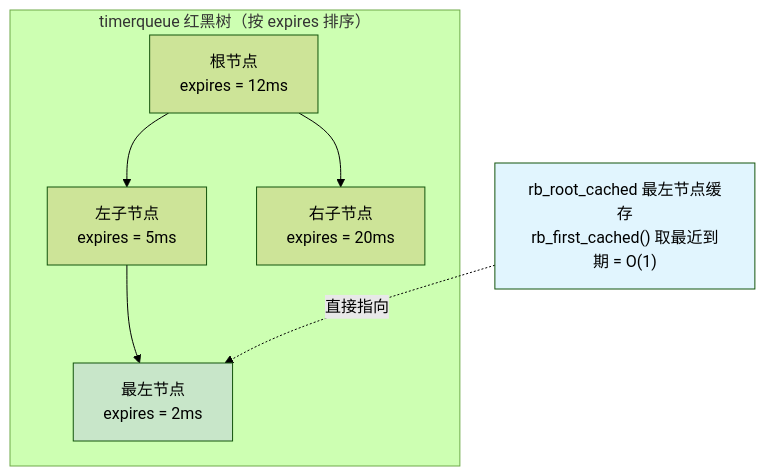
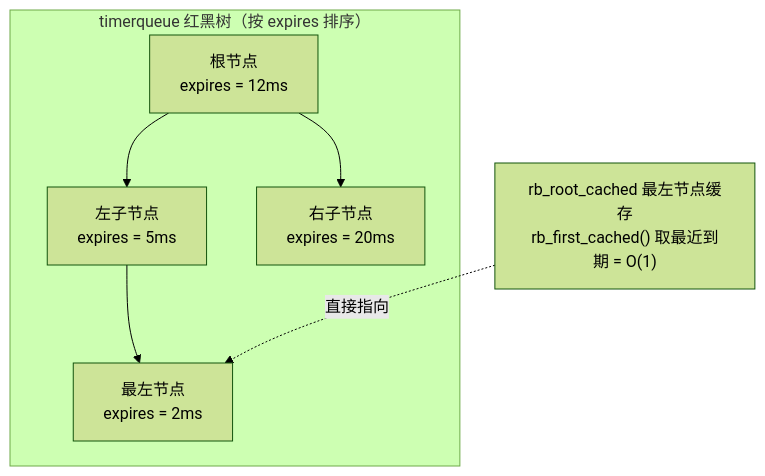
The first of 2 diagrams in docs/02-核心机制深度解析/第10章 中断与时间/10.5.4_hrtimer的实现.md (xiaohong0925/Embedded_Knowledge_System_V2026), drawn with Mermaid (forest theme) before and after one commit. The commit also changed other lines of this file and 4 other files, not shown here.

````diff
--- a/docs/02-核心机制深度解析/第10章 中断与时间/10.5.4_hrtimer的实现.md
+++ b/docs/02-核心机制深度解析/第10章 中断与时间/10.5.4_hrtimer的实现.md
@@ -63,15 +56,13 @@
 ```mermaid
 flowchart TB
     subgraph TREE["timerqueue 红黑树（按 expires 排序）"]
         R["根节点<br/>expires = 12ms"]
         L1["左子节点<br/>expires = 5ms"]
         R1["右子节点<br/>expires = 20ms"]
         LL["最左节点<br/>expires = 2ms"]
         R --> L1
         R --> R1
         L1 --> LL
     end
     NEXT["rb_root_cached 最左节点缓存<br/>rb_first_cached() 取最近到期 = O(1)"] -.->|"直接指向"| LL
-    style LL fill:#c8e6c9
-    style NEXT fill:#e1f5fe
 ```
````
